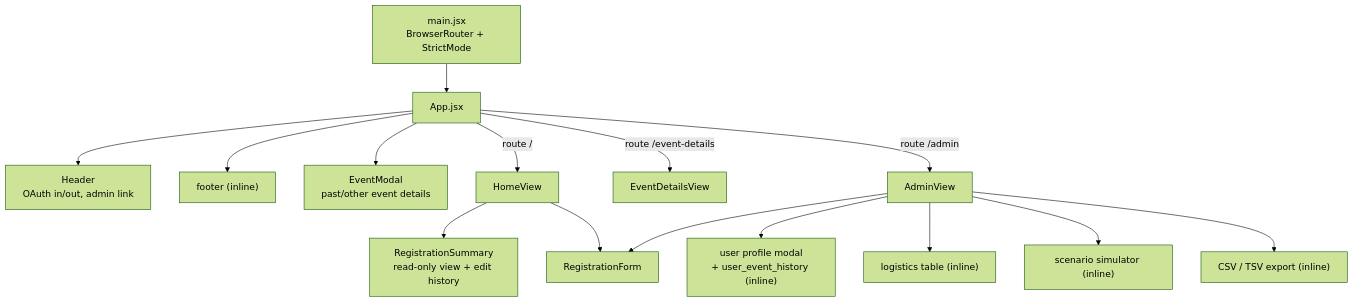
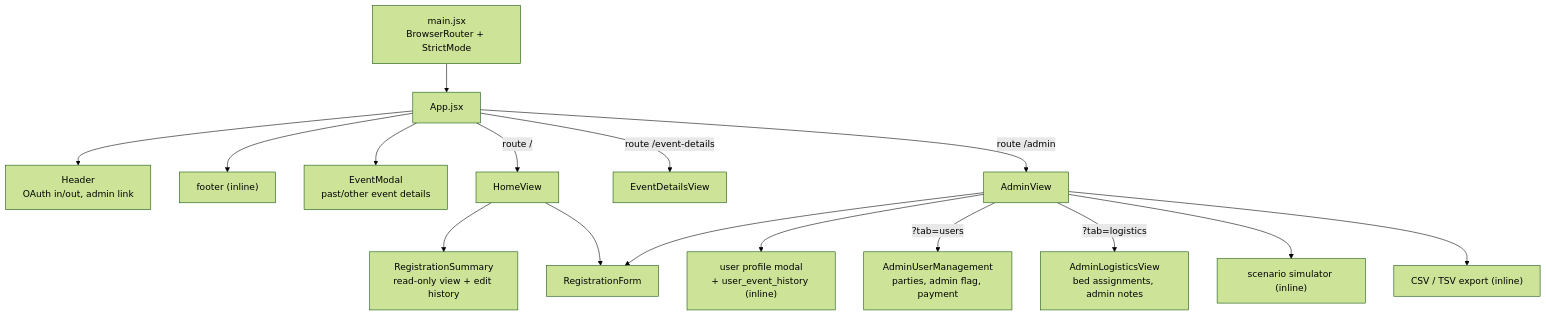
The first of 2 diagrams in docs/05-frontend-guide.md (YULmix/yulmix-la-bedaine), drawn with Mermaid (forest theme) before and after one commit. The commit also changed other lines of this file and 8 other files, not shown here.

First line of the commit message:
feat(admin): split users and logistics into URL-synced tabs, mobile-first (#29)

````diff
--- a/docs/05-frontend-guide.md
+++ b/docs/05-frontend-guide.md
@@ -23,18 +23,19 @@
 ```mermaid
 flowchart TD
   MAIN["main.jsx<br/>BrowserRouter + StrictMode"] --> APP["App.jsx"]
   APP --> HEADER["Header<br/>OAuth in/out, admin link"]
   APP --> FOOTER["footer (inline)"]
   APP --> MODAL["EventModal<br/>past/other event details"]
   APP -->|route /| HOME["HomeView"]
   APP -->|route /event-details| DETAILS["EventDetailsView"]
   APP -->|route /admin| ADMIN["AdminView"]
 
   HOME --> SUMMARY["RegistrationSummary<br/>read-only view + edit history"]
   HOME --> FORM["RegistrationForm"]
   ADMIN --> FORM
   ADMIN --> PROFILEMODAL["user profile modal<br/>+ user_event_history (inline)"]
-  ADMIN --> LOGISTICS["logistics table (inline)"]
+  ADMIN -->|"?tab=users"| USERS["AdminUserManagement<br/>parties, admin flag, payment"]
+  ADMIN -->|"?tab=logistics"| LOGISTICS["AdminLogisticsView<br/>bed assignments, admin notes"]
   ADMIN --> SIM["scenario simulator (inline)"]
   ADMIN --> EXPORT["CSV / TSV export (inline)"]
 ```
````
